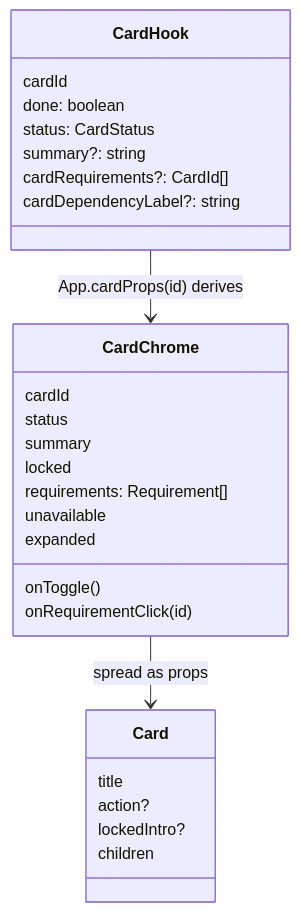
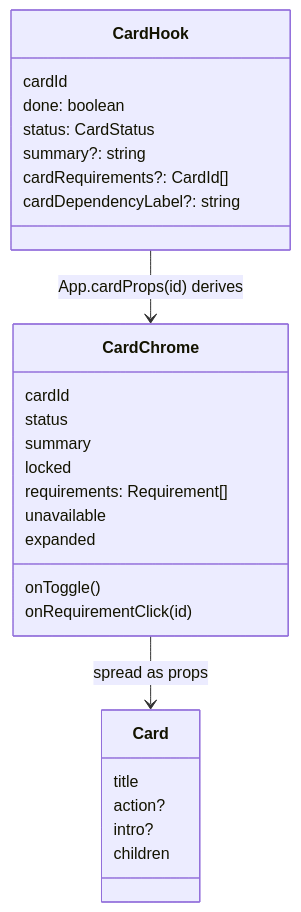
One commit to ZenMe-AU/ZenbloxCore changed the second of 9 diagrams in zeninstallerPvt/ui/UI_UX.md. Above: the diagram before and after it, drawn with Mermaid. The commit also changed other lines of this file and 37 other files, not shown here.

````diff
--- a/zeninstallerPvt/ui/UI_UX.md
+++ b/zeninstallerPvt/ui/UI_UX.md
@@ -60,30 +60,30 @@
 ```mermaid
 classDiagram
   class CardHook {
     cardId
     done: boolean
     status: CardStatus
     summary?: string
     cardRequirements?: CardId[]
     cardDependencyLabel?: string
   }
   class CardChrome {
     cardId
     status
     summary
     locked
     requirements: Requirement[]
     unavailable
     expanded
     onToggle()
     onRequirementClick(id)
   }
   class Card {
     title
     action?
-    lockedIntro?
+    intro?
     children
   }
   CardHook --> CardChrome : App.cardProps(id) derives
   CardChrome --> Card : spread as props
 ```
````
